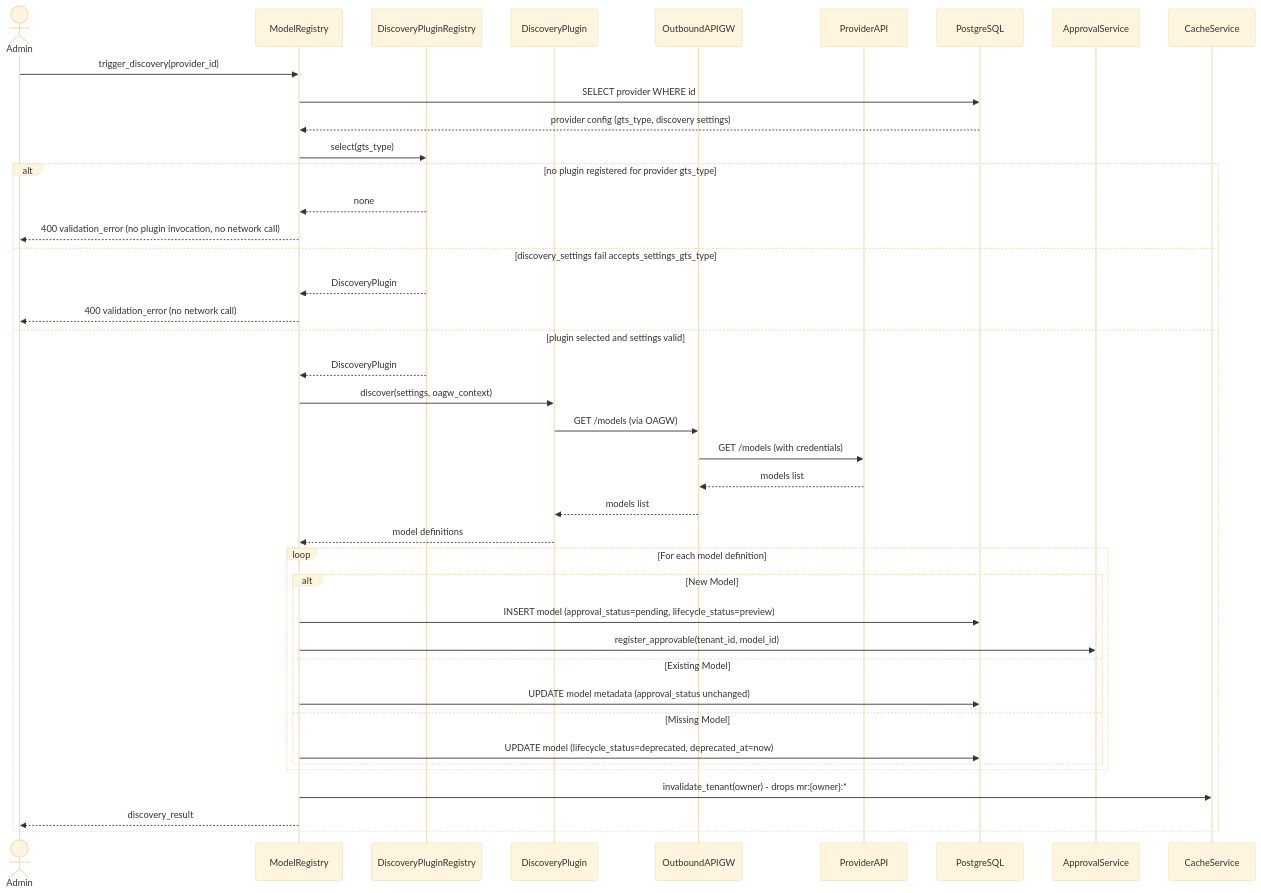
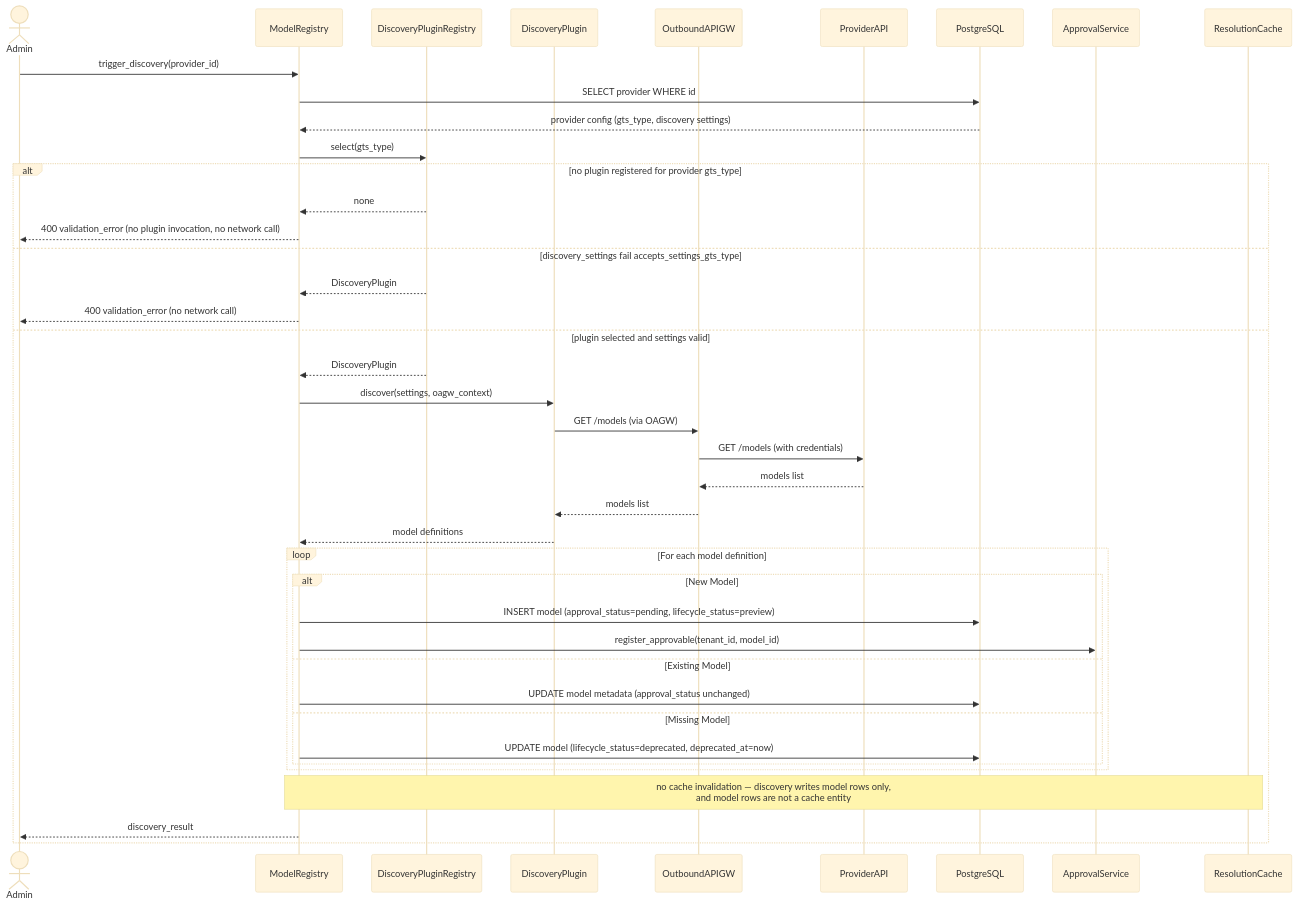
The fifth of 9 diagrams in gears/model-registry/docs/DESIGN.md (constructorfabric/gears-rust), drawn with Mermaid (base theme) before and after one commit. The commit also changed other lines of this file and 1 other file, not shown here.

Commit message:
docs(model-registry): Update cache strategy

````diff
--- a/gears/model-registry/docs/DESIGN.md
+++ b/gears/model-registry/docs/DESIGN.md
@@ -1093,46 +1144,46 @@
 ```mermaid
 sequenceDiagram
     actor Admin
     participant MR as ModelRegistry
     participant Registry as DiscoveryPluginRegistry
     participant Plugin as DiscoveryPlugin
     participant OAGW as OutboundAPIGW
     participant Provider as ProviderAPI
     participant DB as PostgreSQL
     participant Approval as ApprovalService
-    participant Cache as CacheService
+    participant Cache as ResolutionCache
 
     Admin->>MR: trigger_discovery(provider_id)
     MR->>DB: SELECT provider WHERE id
     DB-->>MR: provider config (gts_type, discovery settings)
     MR->>Registry: select(gts_type)
     alt no plugin registered for provider gts_type
         Registry-->>MR: none
         MR-->>Admin: 400 validation_error (no plugin invocation, no network call)
     else discovery_settings fail accepts_settings_gts_type
         Registry-->>MR: DiscoveryPlugin
         MR-->>Admin: 400 validation_error (no network call)
     else plugin selected and settings valid
         Registry-->>MR: DiscoveryPlugin
         MR->>Plugin: discover(settings, oagw_context)
         Plugin->>OAGW: GET /models (via OAGW)
         OAGW->>Provider: GET /models (with credentials)
         Provider-->>OAGW: models list
         OAGW-->>Plugin: models list
         Plugin-->>MR: model definitions
 
         loop For each model definition
             alt New Model
                 MR->>DB: INSERT model (approval_status=pending, lifecycle_status=preview)
                 MR->>Approval: register_approvable(tenant_id, model_id)
             else Existing Model
                 MR->>DB: UPDATE model metadata (approval_status unchanged)
             else Missing Model
                 MR->>DB: UPDATE model (lifecycle_status=deprecated, deprecated_at=now)
             end
         end
 
-        MR->>Cache: invalidate_tenant(owner) - drops mr:{owner}:*
+        note over MR,Cache: no cache invalidation — discovery writes model rows only,<br/>and model rows are not a cache entity
         MR-->>Admin: discovery_result
     end
 ```
````
